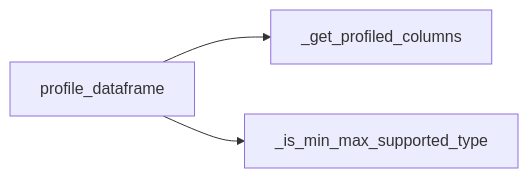
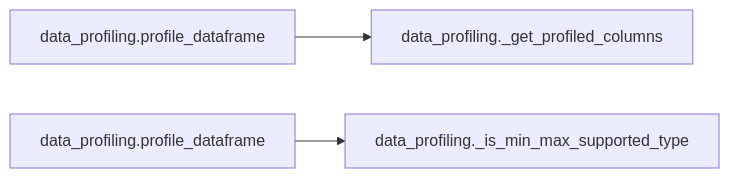
The first of 2 diagrams in docs/api/modules/data_profiling.md (Voycepeh/FabricOps-Starter-Kit), drawn with Mermaid before and after one commit. The commit also changed other lines of this file and 14 other files, not shown here.

Commit message:
Polish dependency graph rendering and module docs UX

````diff
--- a/docs/api/modules/data_profiling.md
+++ b/docs/api/modules/data_profiling.md
@@ -34,5 +32,5 @@
 ```mermaid
 flowchart LR
-  profile_dataframe --> _get_profiled_columns
-  profile_dataframe --> _is_min_max_supported_type
+  n1["data_profiling.profile_dataframe"] --> n1b["data_profiling._get_profiled_columns"]
+  n2["data_profiling.profile_dataframe"] --> n2b["data_profiling._is_min_max_supported_type"]
 ```
````
